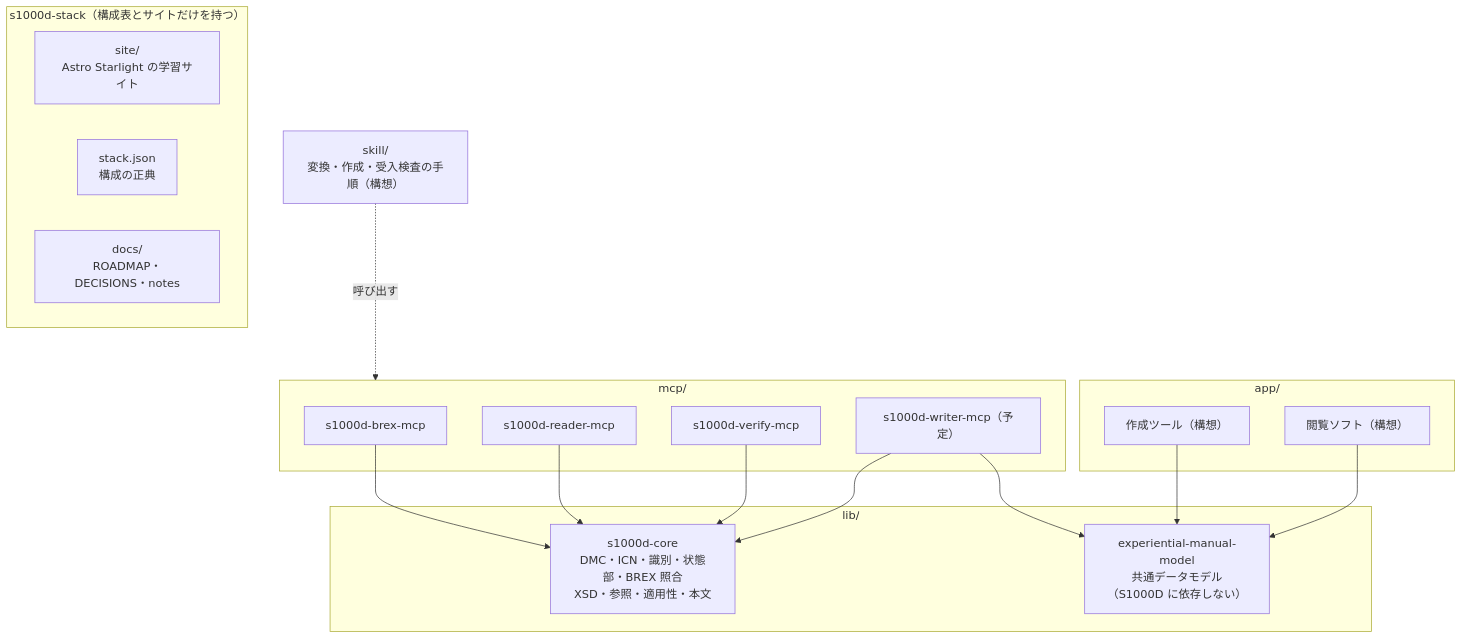
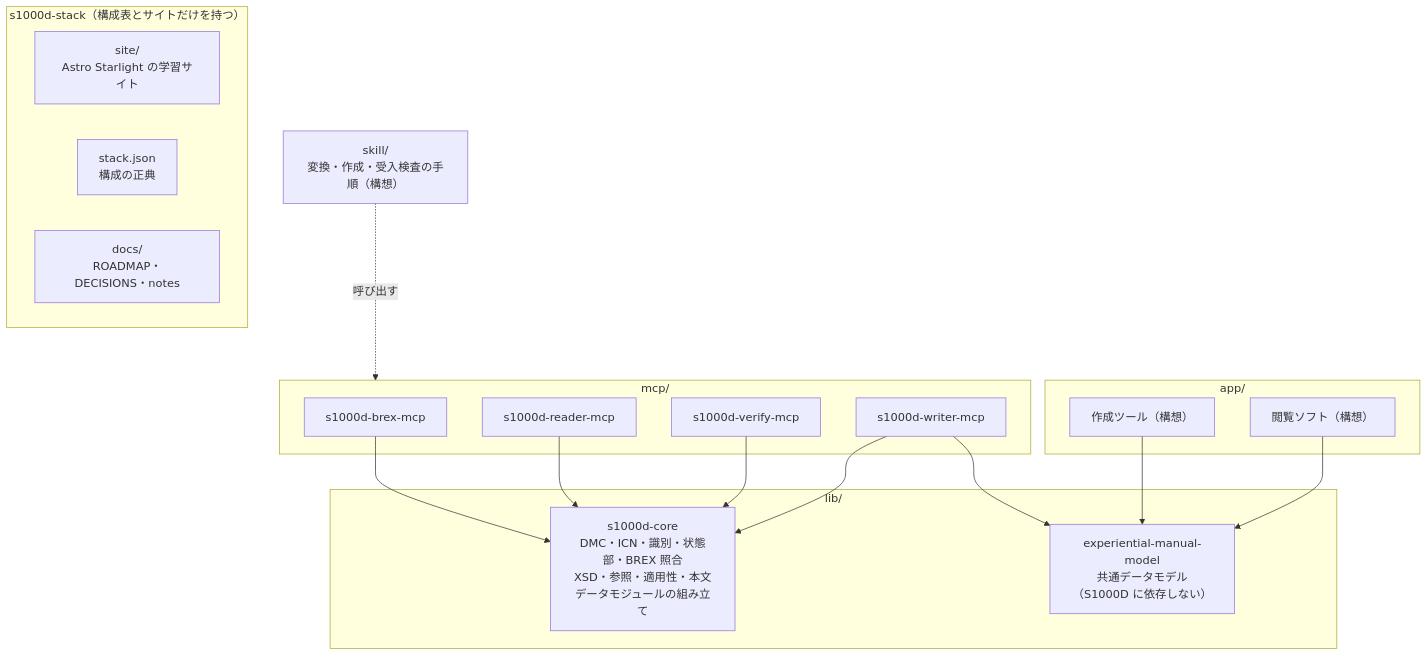
The diagram in README.ja.md (shuji-bonji/s1000d-stack), drawn with Mermaid before and after one commit. The commit also changed other lines of this file and 24 other files, not shown here.

Commit message:
fix:  s1000d-writer-mcp リリースとv0.1.1への追随

````diff
--- a/README.ja.md
+++ b/README.ja.md
@@ -31,31 +32,31 @@
 ```mermaid
 flowchart TB
   subgraph Hub["s1000d-stack（構成表とサイトだけを持つ）"]
     SITE["site/<br/>Astro Starlight の学習サイト"]
     STACK["stack.json<br/>構成の正典"]
     DOCS["docs/<br/>ROADMAP・DECISIONS・notes"]
   end
   subgraph Lib["lib/"]
-    CORE["s1000d-core<br/>DMC・ICN・識別・状態部・BREX 照合<br/>XSD・参照・適用性・本文"]
+    CORE["s1000d-core<br/>DMC・ICN・識別・状態部・BREX 照合<br/>XSD・参照・適用性・本文<br/>データモジュールの組み立て"]
     MODEL["experiential-manual-model<br/>共通データモデル（S1000D に依存しない）"]
   end
   subgraph Mcp["mcp/"]
     BREX["s1000d-brex-mcp"]
     R["s1000d-reader-mcp"]
     V["s1000d-verify-mcp"]
-    W["s1000d-writer-mcp（予定）"]
+    W["s1000d-writer-mcp"]
   end
   subgraph App["app/"]
     ED["作成ツール（構想）"]
     VW["閲覧ソフト（構想）"]
   end
   SK["skill/<br/>変換・作成・受入検査の手順（構想）"]
   BREX --> CORE
   R --> CORE
   V --> CORE
   W --> CORE
   W --> MODEL
   ED --> MODEL
   VW --> MODEL
   SK -.呼び出す.-> Mcp
 ```
````
